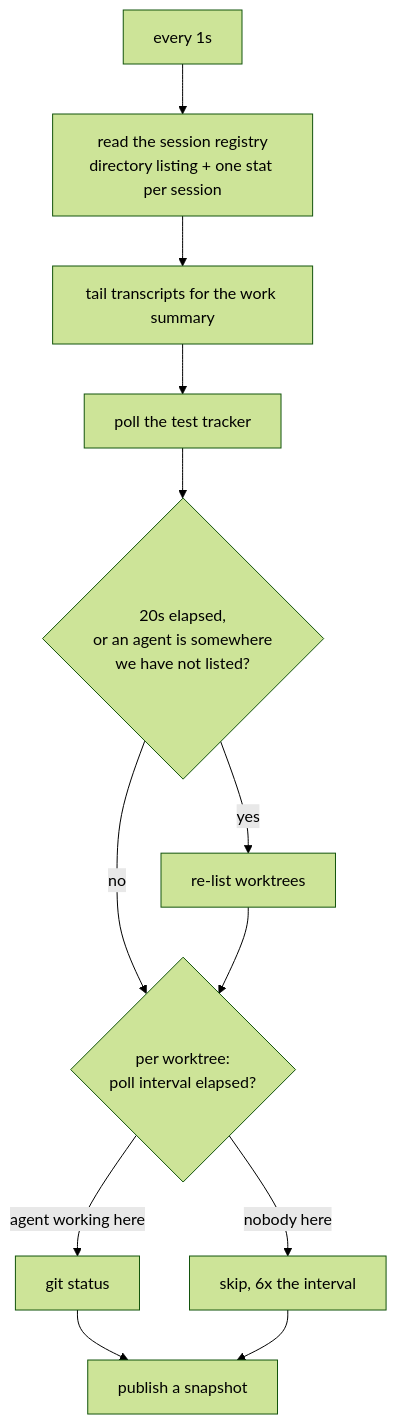
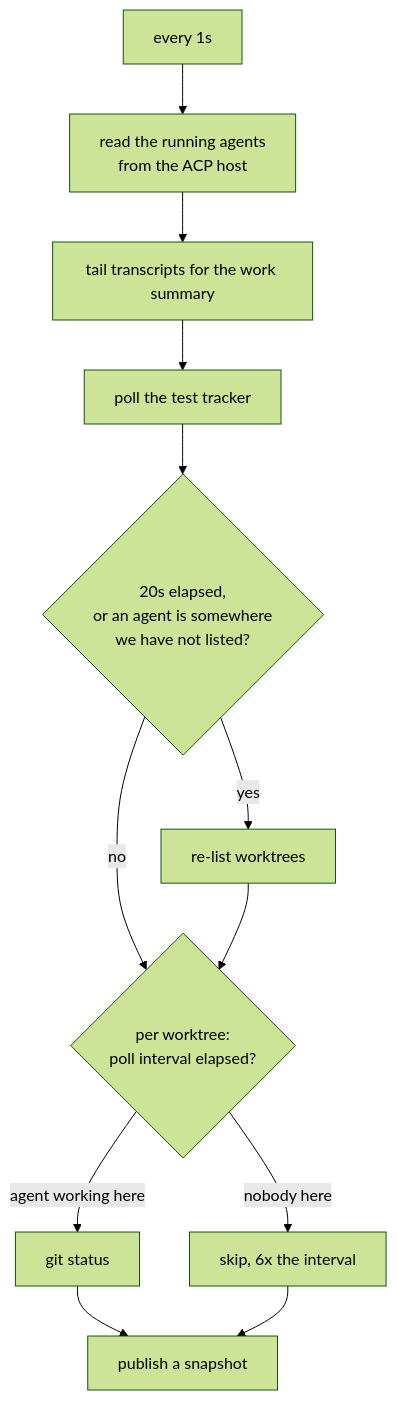
The second of 2 diagrams in README.md (BradenTerry/Tog), drawn with Mermaid (forest theme) before and after one commit. The commit also changed other lines of this file and 57 other files, not shown here.

First line of the commit message:
Run agents over ACP, start them on any branch, fix chat titles and queued messages

````diff
--- a/README.md
+++ b/README.md
@@ -108,14 +108,14 @@
 ```mermaid
 flowchart TD
-  T["every 1s"] --> A["read the session registry<br/>directory listing + one stat per session"]
+  T["every 1s"] --> A["read the running agents<br/>from the ACP host"]
   A --> B["tail transcripts for the work summary"]
   B --> C["poll the test tracker"]
   C --> D{"20s elapsed,<br/>or an agent is somewhere<br/>we have not listed?"}
   D -->|yes| E["re-list worktrees"]
   D -->|no| F
   E --> F{"per worktree:<br/>poll interval elapsed?"}
   F -->|"agent working here"| G["git status"]
   F -->|"nobody here"| H["skip, 6x the interval"]
   G --> I[publish a snapshot]
   H --> I
 ```
````
